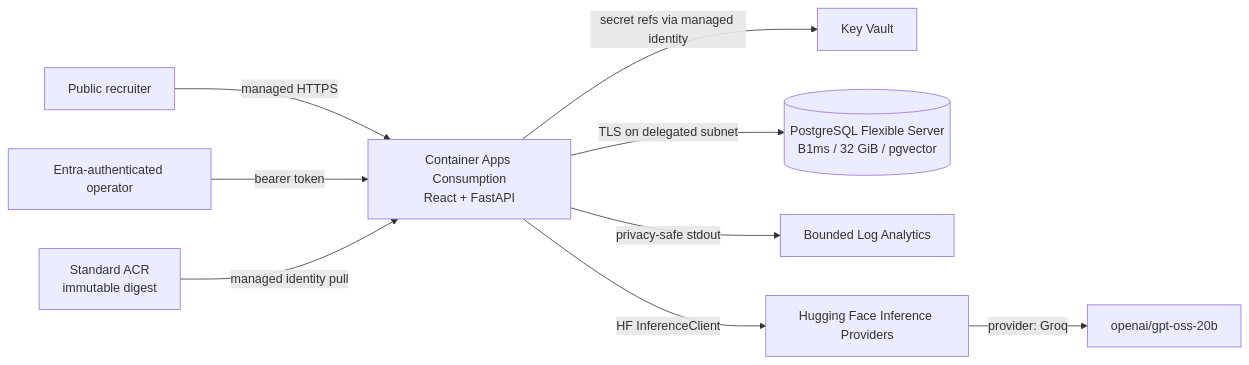
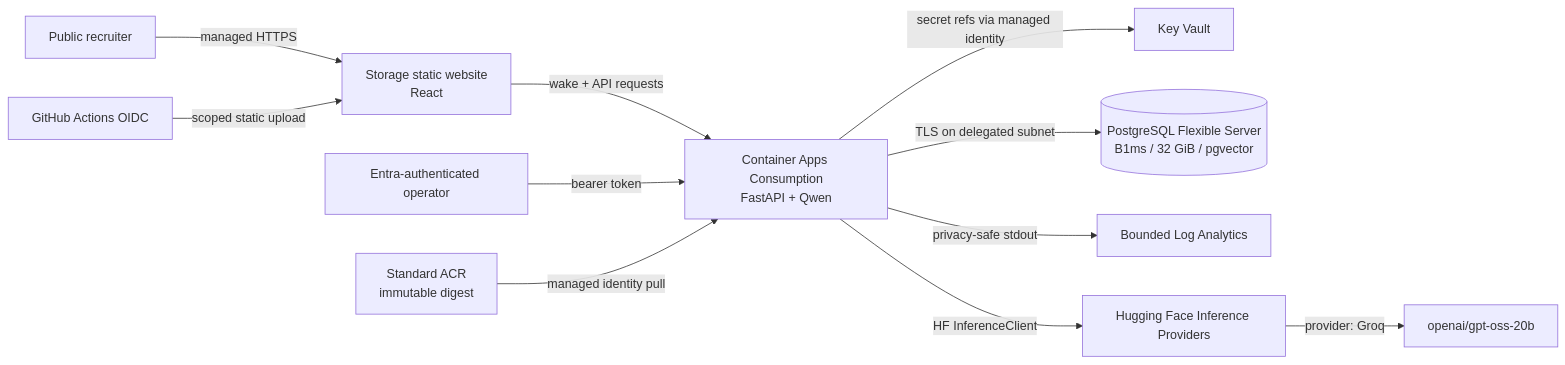
One commit to JosephATerry/openweight changed the first of 2 diagrams in docs/azure_architecture.md. Above: the diagram before and after it, drawn with Mermaid. The commit also changed other lines of this file and 22 other files, not shown here.

````diff
--- a/docs/azure_architecture.md
+++ b/docs/azure_architecture.md
@@ -19,11 +19,13 @@
 ```mermaid
 flowchart LR
-    recruiter[Public recruiter] -->|managed HTTPS| app[Container Apps Consumption\nReact + FastAPI]
+    recruiter[Public recruiter] -->|managed HTTPS| static[Storage static website\nReact]
+    static -->|wake + API requests| app[Container Apps Consumption\nFastAPI + Qwen]
     entra[Entra-authenticated operator] -->|bearer token| app
+    ci[GitHub Actions OIDC] -->|scoped static upload| static
     acr[Standard ACR\nimmutable digest] -->|managed identity pull| app
     app -->|secret refs via managed identity| kv[Key Vault]
     app -->|TLS on delegated subnet| pg[(PostgreSQL Flexible Server\nB1ms / 32 GiB / pgvector)]
     app -->|privacy-safe stdout| logs[Bounded Log Analytics]
     app -->|HF InferenceClient| hf[Hugging Face Inference Providers]
     hf -->|provider: Groq| model[openai/gpt-oss-20b]
 ```
````
